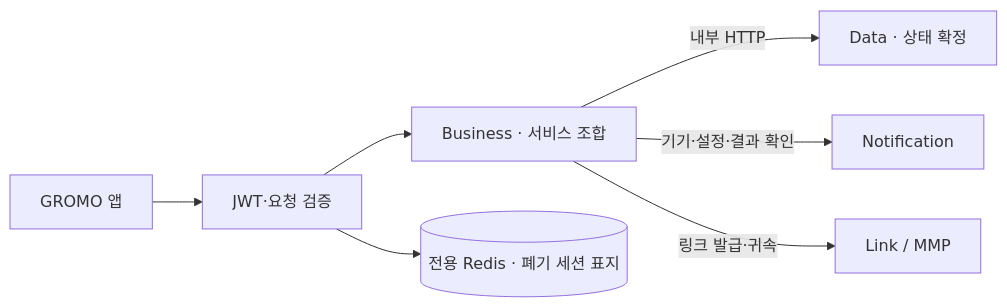
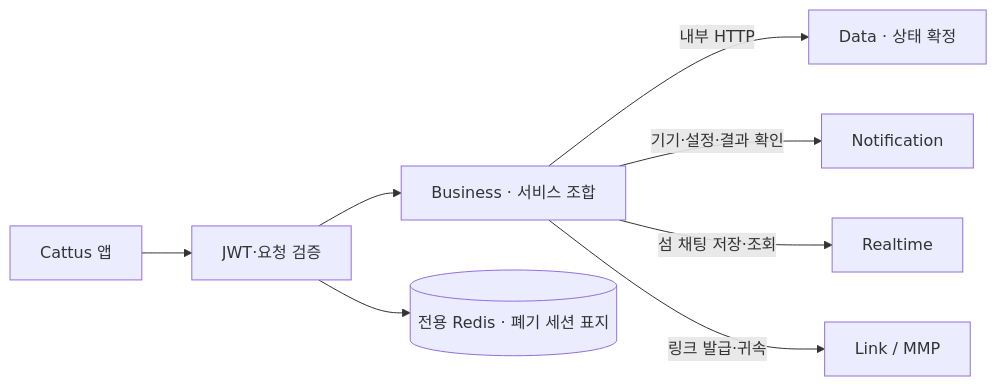
One commit to OneOrThree/phone changed the first of 8 diagrams in server/business-api/README.md. Above: the diagram before and after it, drawn with Mermaid. The commit also changed other lines of this file and 4 other files, not shown here.

````diff
--- a/server/business-api/README.md
+++ b/server/business-api/README.md
@@ -21,9 +21,10 @@
 ```mermaid
 flowchart LR
-  app["GROMO 앱"] --> boundary["JWT·요청 검증"]
+  app["Cattus 앱"] --> boundary["JWT·요청 검증"]
   boundary --> compose["Business · 서비스 조합"]
   compose -->|"내부 HTTP"| data["Data · 상태 확정"]
   compose -->|"기기·설정·결과 확인"| notification["Notification"]
+  compose -->|"섬 채팅 저장·조회"| realtime["Realtime"]
   compose -->|"링크 발급·귀속"| link["Link / MMP"]
   boundary --> cache[("전용 Redis · 폐기 세션 표지")]
 ```
````
